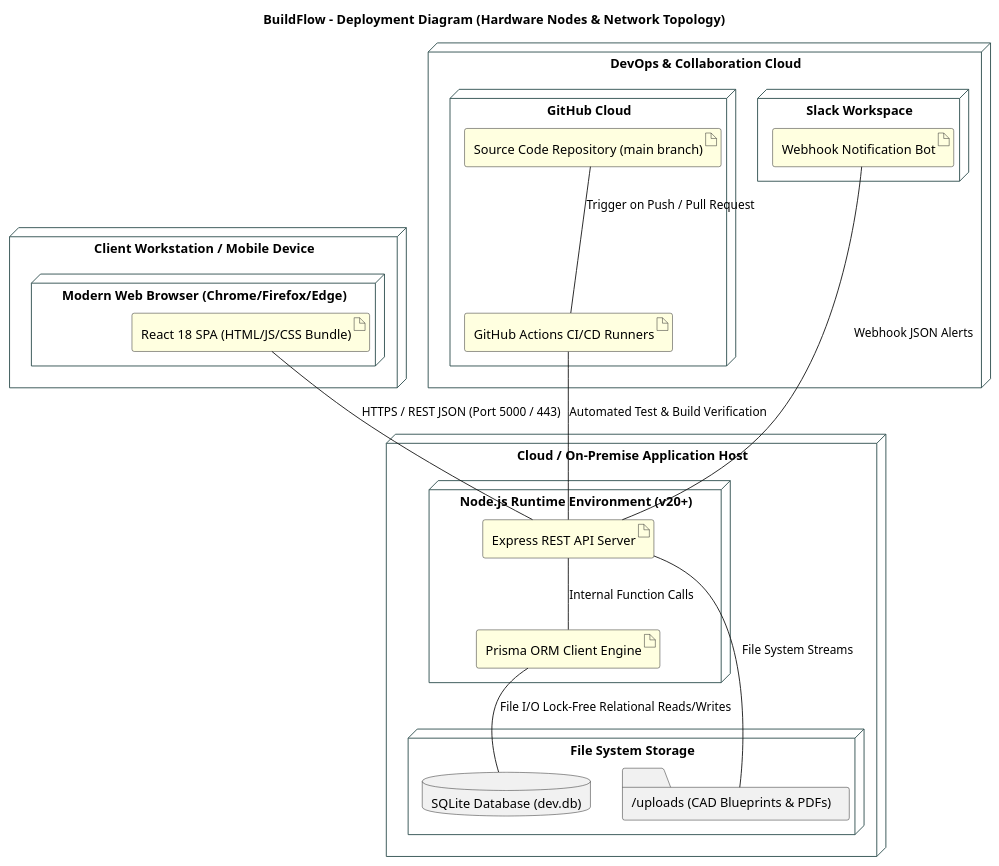
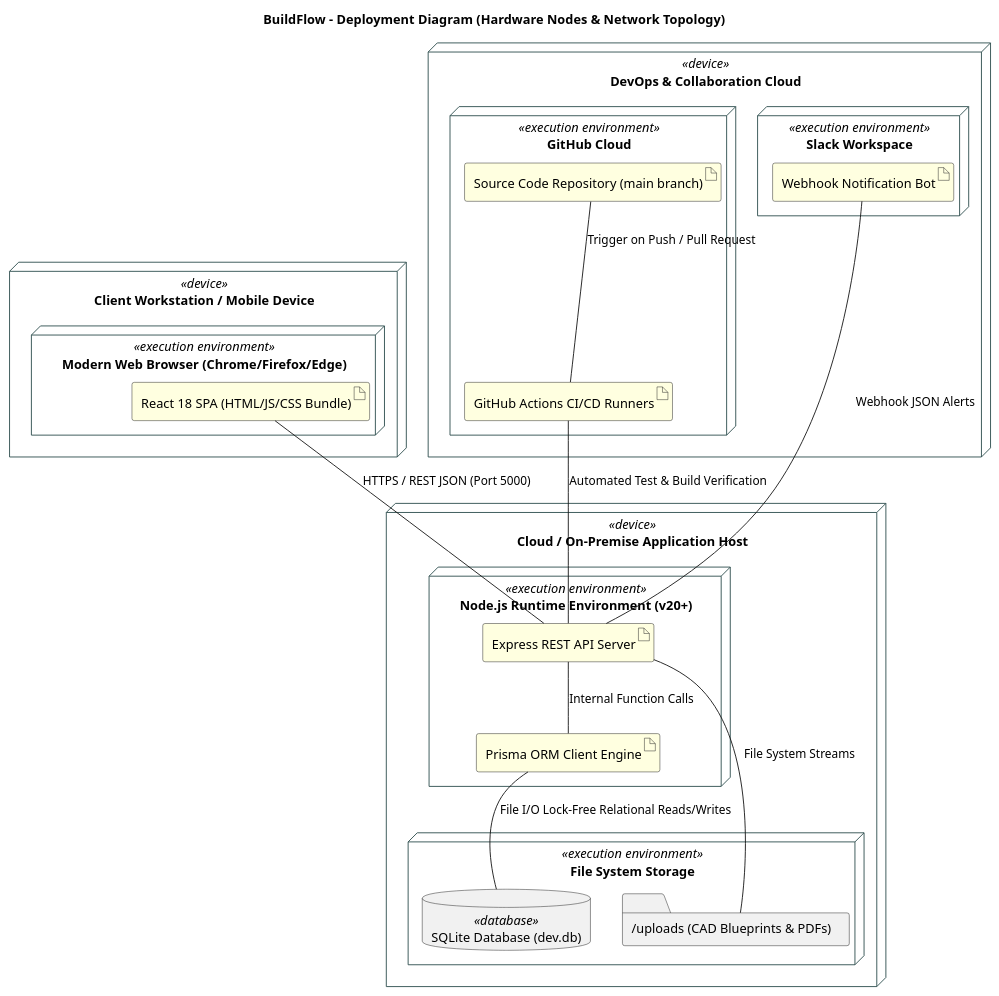
Before and after one commit to Shaunakrane914/BuildFlow: the diagram in docs/uml/deployment_diagram.puml, drawn with PlantUML. The commit also changed 7 other files, not shown here.

Commit message:
feat(uml): implement full 100% SEPM UML compliance across all 9 diagrams (swimlanes, stereotypes, generalization trees, realization contracts, include/extend, alt/else fragments)

```diff
--- a/docs/uml/deployment_diagram.puml
+++ b/docs/uml/deployment_diagram.puml
@@ -1,49 +1,49 @@
 @startuml BuildFlow_Deployment_Diagram
 title BuildFlow - Deployment Diagram (Hardware Nodes & Network Topology)
 skinparam node {
   BackgroundColor White
   BorderColor DarkSlateGray
 }
 skinparam artifact {
   BackgroundColor LightYellow
 }
 
-node "Client Workstation / Mobile Device" as ClientNode {
-  node "Modern Web Browser (Chrome/Firefox/Edge)" {
+node "Client Workstation / Mobile Device" as ClientNode <<device>> {
+  node "Modern Web Browser (Chrome/Firefox/Edge)" <<execution environment>> {
     artifact "React 18 SPA (HTML/JS/CSS Bundle)" as SPA
   }
 }
 
-node "Cloud / On-Premise Application Host" as AppServer {
-  node "Node.js Runtime Environment (v20+)" {
+node "Cloud / On-Premise Application Host" as AppServer <<device>> {
+  node "Node.js Runtime Environment (v20+)" <<execution environment>> {
     artifact "Express REST API Server" as APIApp
     artifact "Prisma ORM Client Engine" as PrismaEngine
   }
   
-  node "File System Storage" {
-    database "SQLite Database (dev.db)" as SQLiteDB
+  node "File System Storage" <<execution environment>> {
+    database "SQLite Database (dev.db)" as SQLiteDB <<database>>
     folder "/uploads (CAD Blueprints & PDFs)" as Uploads
   }
 }
 
-node "DevOps & Collaboration Cloud" as CloudServices {
-  node "GitHub Cloud" {
+node "DevOps & Collaboration Cloud" as CloudServices <<device>> {
+  node "GitHub Cloud" <<execution environment>> {
     artifact "Source Code Repository (main branch)" as GitRepo
     artifact "GitHub Actions CI/CD Runners" as Runners
   }
   
-  node "Slack Workspace" {
+  node "Slack Workspace" <<execution environment>> {
     artifact "Webhook Notification Bot" as SlackBot
   }
 }
 
-SPA -- APIApp : HTTPS / REST JSON (Port 5000 / 443)
+SPA -- APIApp : HTTPS / REST JSON (Port 5000)
 APIApp -- PrismaEngine : Internal Function Calls
 PrismaEngine -- SQLiteDB : File I/O Lock-Free Relational Reads/Writes
 APIApp -- Uploads : File System Streams
 
 GitRepo -- Runners : Trigger on Push / Pull Request
 Runners -- APIApp : Automated Test & Build Verification
 APIApp -- SlackBot : Webhook JSON Alerts
 
 @enduml
```
